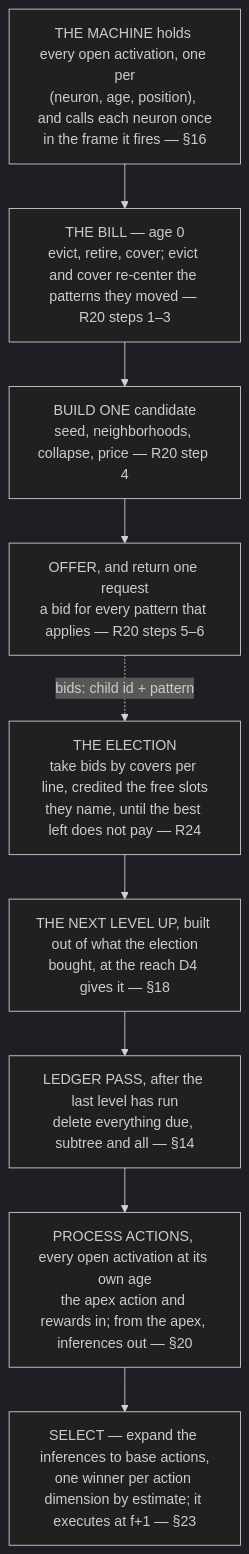
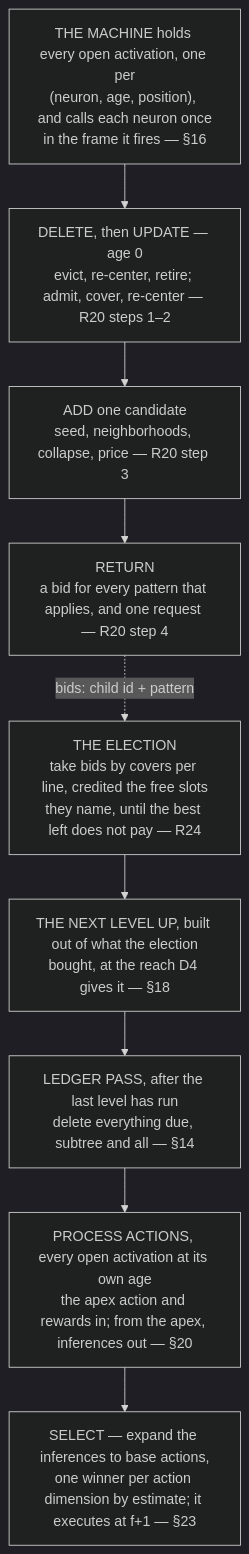
The diagram in docs/algorithm-remarks.md (cucar/robot_brain), drawn with Mermaid (dark theme) before and after one commit. The commit also changed other lines of this file and 3 other files, not shown here.

Commit message:
process frame is four steps: delete, update, add, return; retire every negative margin at eviction

````diff
--- a/docs/algorithm-remarks.md
+++ b/docs/algorithm-remarks.md
@@ -940,12 +941,12 @@
 ```mermaid
 flowchart TD
     A["THE MACHINE holds every open activation, one per<br/>(neuron, age, position), and calls each neuron once<br/>in the frame it fires — §16"]
-    A --> B["THE BILL — age 0<br/>evict, retire, cover; evict and cover re-center the patterns they moved — R20 steps 1–3"]
-    B --> M["BUILD ONE candidate<br/>seed, neighborhoods, collapse, price — R20 step 4"]
-    M --> P["OFFER, and return one request<br/>a bid for every pattern that applies — R20 steps 5–6"]
+    A --> B["DELETE, then UPDATE — age 0<br/>evict, re-center, retire; admit, cover, re-center — R20 steps 1–2"]
+    B --> M["ADD one candidate<br/>seed, neighborhoods, collapse, price — R20 step 3"]
+    M --> P["RETURN<br/>a bid for every pattern that applies, and one request — R20 step 4"]
     P -.->|"bids: child id + pattern"| X["THE ELECTION<br/>take bids by covers per line, credited the free slots<br/>they name, until the best left does not pay — R24"]
     X --> O["THE NEXT LEVEL UP, built out of what the election<br/>bought, at the reach D4 gives it — §18"]
     O --> Z["LEDGER PASS, after the last level has run<br/>delete everything due, subtree and all — §14"]
     Z --> W["PROCESS ACTIONS, every open activation at its own age<br/>the apex action and rewards in; from the apex, inferences out — §20"]
     W --> S["SELECT — expand the inferences to base actions,<br/>one winner per action dimension by estimate; it executes at f+1 — §23"]
 ```
````
